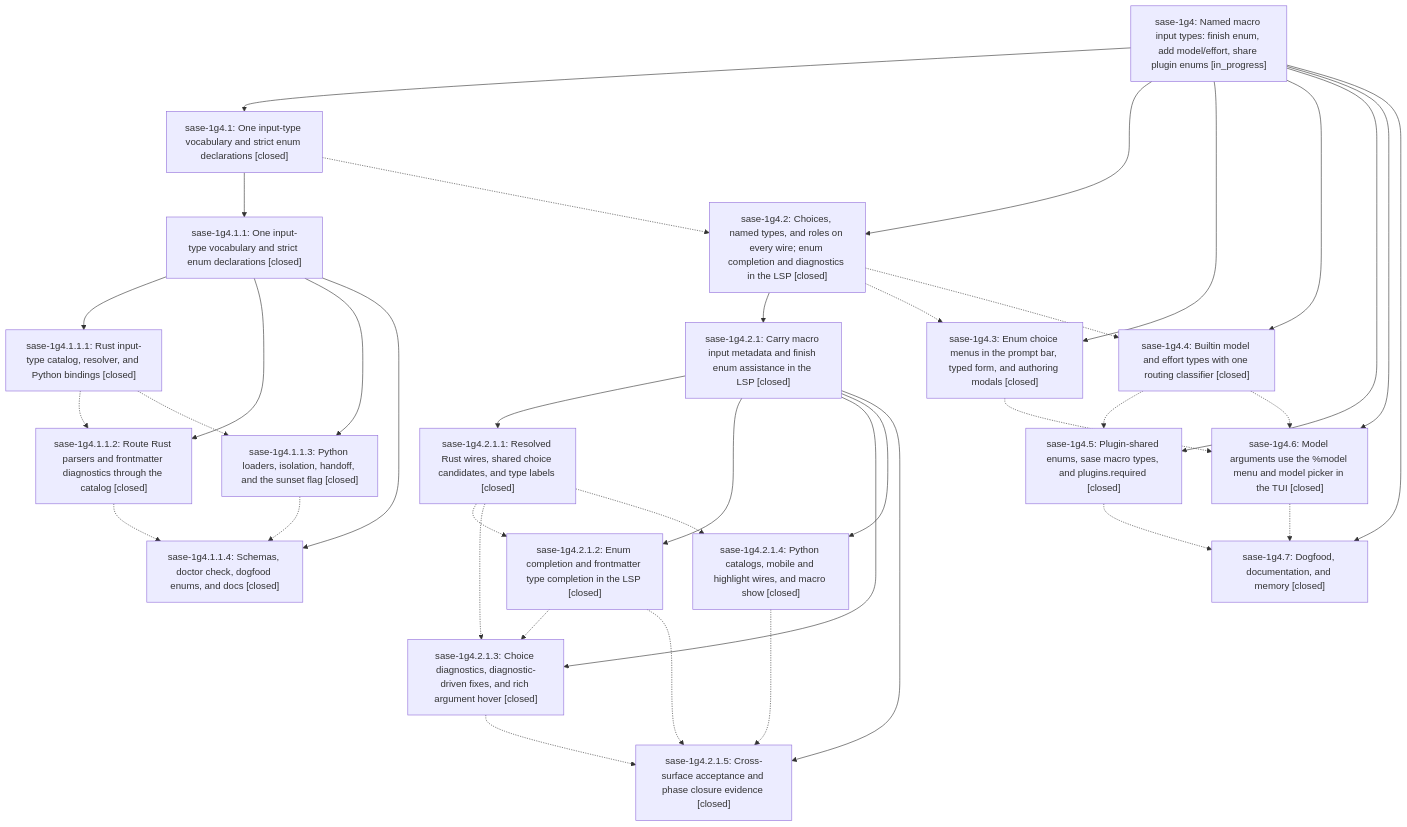
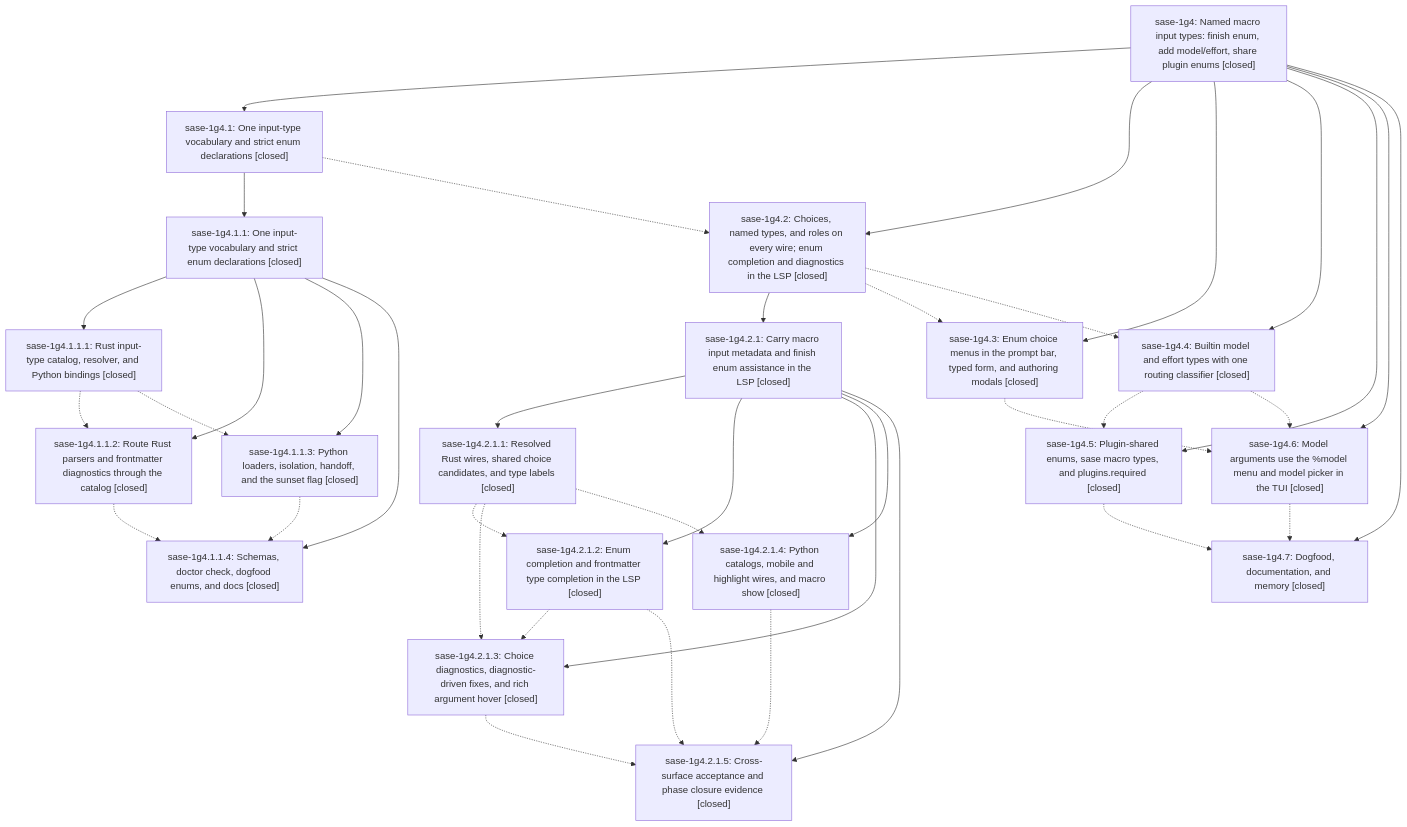
One commit to sase-org/sase--beads changed the diagram in pages/sase-1g4/README.md. Above: the diagram before and after it, drawn with Mermaid. The commit also changed other lines of this file, not shown here.

First line of the commit message:
chore(beads): sync bead state and pages for sase-1g4

````diff
--- a/pages/sase-1g4/README.md
+++ b/pages/sase-1g4/README.md
@@ -48,59 +78,59 @@
 ```mermaid
 flowchart TD
-    n0["sase-1g4: Named macro input types: finish enum, add model/effort, share plugin enums [in_progress]"]
+    n0["sase-1g4: Named macro input types: finish enum, add model/effort, share plugin enums [closed]"]
     n1["sase-1g4.1: One input-type vocabulary and strict enum declarations [closed]"]
     n2["sase-1g4.1.1: One input-type vocabulary and strict enum declarations [closed]"]
     n3["sase-1g4.1.1.1: Rust input-type catalog, resolver, and Python bindings [closed]"]
     n4["sase-1g4.1.1.2: Route Rust parsers and frontmatter diagnostics through the catalog [closed]"]
     n5["sase-1g4.1.1.3: Python loaders, isolation, handoff, and the sunset flag [closed]"]
     n6["sase-1g4.1.1.4: Schemas, doctor check, dogfood enums, and docs [closed]"]
     n7["sase-1g4.2: Choices, named types, and roles on every wire; enum completion and diagnostics in the LSP [closed]"]
     n8["sase-1g4.2.1: Carry macro input metadata and finish enum assistance in the LSP [closed]"]
     n9["sase-1g4.2.1.1: Resolved Rust wires, shared choice candidates, and type labels [closed]"]
     n10["sase-1g4.2.1.2: Enum completion and frontmatter type completion in the LSP [closed]"]
     n11["sase-1g4.2.1.3: Choice diagnostics, diagnostic-driven fixes, and rich argument hover [closed]"]
     n12["sase-1g4.2.1.4: Python catalogs, mobile and highlight wires, and macro show [closed]"]
     n13["sase-1g4.2.1.5: Cross-surface acceptance and phase closure evidence [closed]"]
     n14["sase-1g4.3: Enum choice menus in the prompt bar, typed form, and authoring modals [closed]"]
     n15["sase-1g4.4: Builtin model and effort types with one routing classifier [closed]"]
     n16["sase-1g4.5: Plugin-shared enums, sase macro types, and plugins.required [closed]"]
     n17["sase-1g4.6: Model arguments use the %model menu and model picker in the TUI [closed]"]
     n18["sase-1g4.7: Dogfood, documentation, and memory [closed]"]
     n0 --> n1
     n1 --> n2
     n2 --> n3
     n2 --> n4
     n2 --> n5
     n2 --> n6
     n0 --> n7
     n7 --> n8
     n8 --> n9
     n8 --> n10
     n8 --> n11
     n8 --> n12
     n8 --> n13
     n0 --> n14
     n0 --> n15
     n0 --> n16
     n0 --> n17
     n0 --> n18
     n1 -.-> n7
     n3 -.-> n4
     n3 -.-> n5
     n4 -.-> n6
     n5 -.-> n6
     n7 -.-> n14
     n7 -.-> n15
     n9 -.-> n10
     n9 -.-> n11
     n9 -.-> n12
     n10 -.-> n11
     n10 -.-> n13
     n11 -.-> n13
     n12 -.-> n13
     n14 -.-> n17
     n15 -.-> n16
     n15 -.-> n17
     n16 -.-> n18
     n17 -.-> n18
 ```
````
